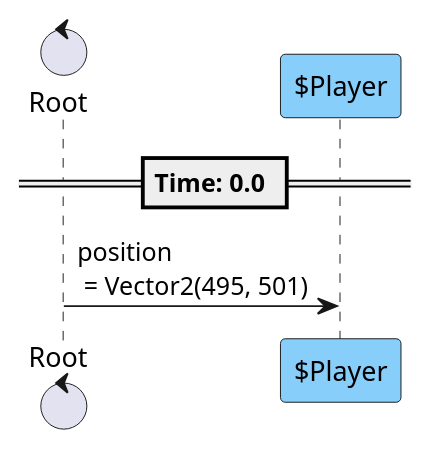
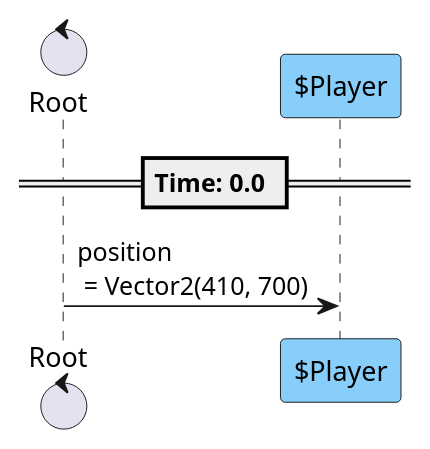
One commit to tkmfujise/Platformer-Game-Learning changed the second of 8 diagrams in content/scenes/src/chapters/0/stages/0/stage_0.tscn.adoc. Above: the diagram before and after it, drawn with PlantUML. The commit also changed other lines of this file and 255 other files, not shown here.

```diff
--- a/content/scenes/src/chapters/0/stages/0/stage_0.tscn.adoc
+++ b/content/scenes/src/chapters/0/stages/0/stage_0.tscn.adoc
@@ -394,12 +411,12 @@
 [plantuml]
 ....
 control "Root" as R
 participant "$Player" as T0 #87CEFA
 
 
 
 == Time: 0.0 ==
-R  ->  T0 : position\n = Vector2(495, 501)
+R  ->  T0 : position\n = Vector2(410, 700)
 
 
 ....
```
